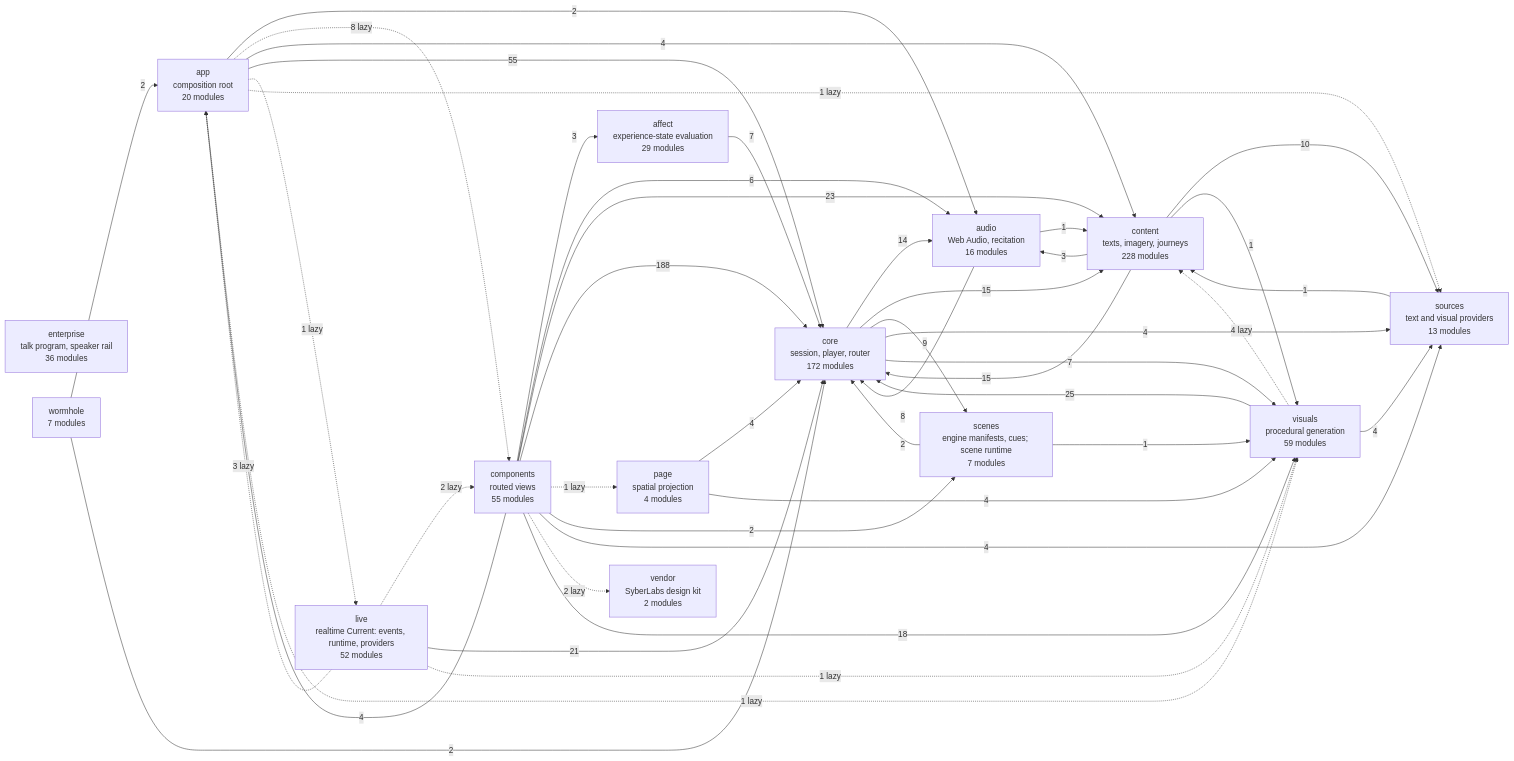
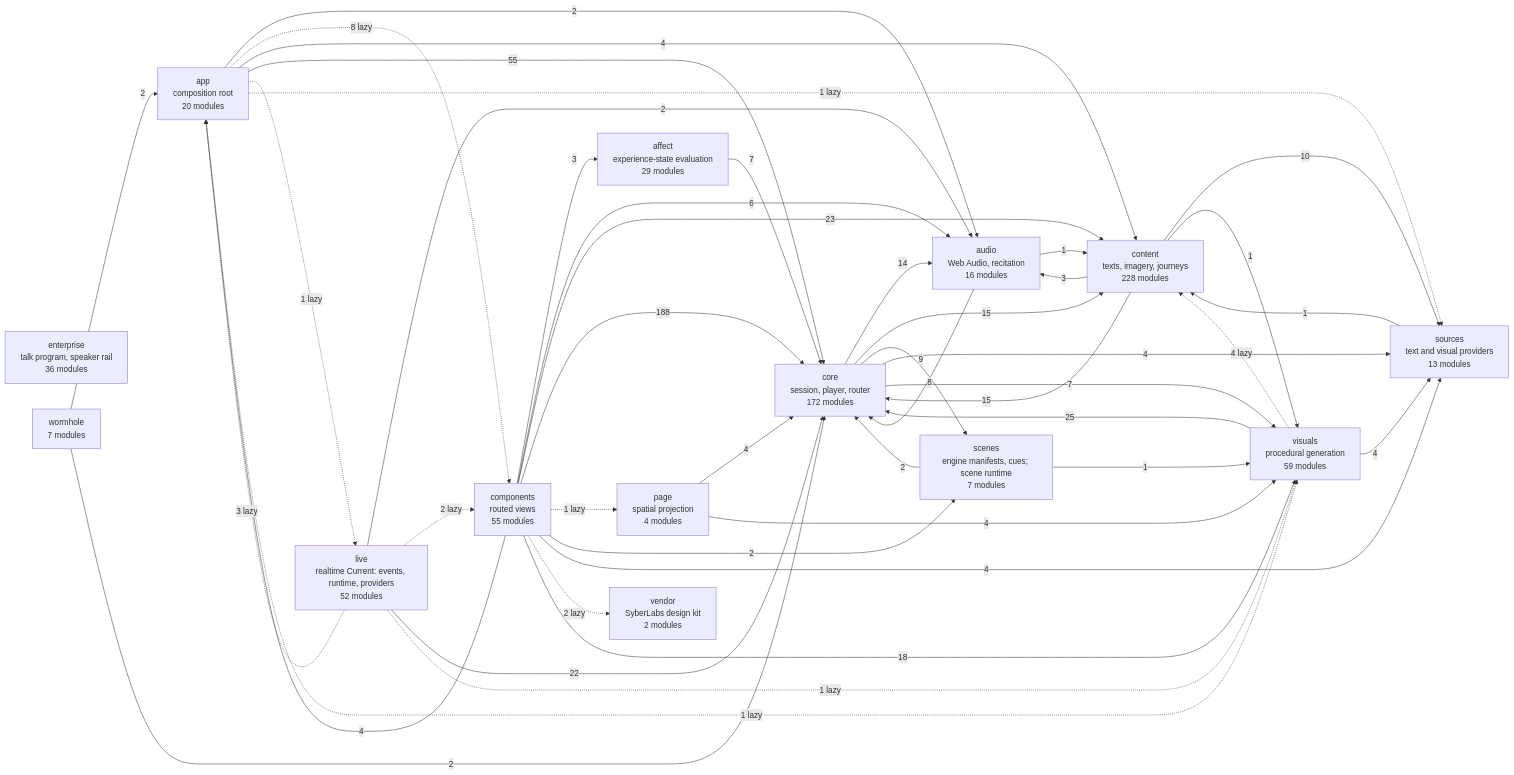
The diagram in docs/specs/ARCHITECTURE.md (SyberLabs/RISE), drawn with Mermaid before and after one commit. The commit also changed 11 other files, not shown here.

````diff
--- a/docs/specs/ARCHITECTURE.md
+++ b/docs/specs/ARCHITECTURE.md
@@ -161,61 +161,62 @@
 ```mermaid
 flowchart LR
     affect["affect<br/>experience-state evaluation<br/>29 modules"]
     app["app<br/>composition root<br/>20 modules"]
     audio["audio<br/>Web Audio, recitation<br/>16 modules"]
     components["components<br/>routed views<br/>55 modules"]
     content["content<br/>texts, imagery, journeys<br/>228 modules"]
     core["core<br/>session, player, router<br/>172 modules"]
     enterprise["enterprise<br/>talk program, speaker rail<br/>36 modules"]
     live["live<br/>realtime Current: events, runtime, providers<br/>52 modules"]
     page["page<br/>spatial projection<br/>4 modules"]
     scenes["scenes<br/>engine manifests, cues; scene runtime<br/>7 modules"]
     sources["sources<br/>text and visual providers<br/>13 modules"]
     vendor["vendor<br/>SyberLabs design kit<br/>2 modules"]
     visuals["visuals<br/>procedural generation<br/>59 modules"]
     wormhole["wormhole<br/>7 modules"]
 
     affect --> |7| core
     app --> |2| audio
     app -.-> |8 lazy| components
     app --> |4| content
     app --> |55| core
     app -.-> |1 lazy| live
     app -.-> |1 lazy| sources
     app -.-> |1 lazy| visuals
     audio --> |1| content
     audio --> |8| core
     components --> |3| affect
     components --> |4| app
     components --> |6| audio
     components --> |23| content
     components --> |188| core
     components -.-> |1 lazy| page
     components --> |2| scenes
     components --> |4| sources
     components -.-> |2 lazy| vendor
     components --> |18| visuals
     content --> |3| audio
     content --> |15| core
     content --> |10| sources
     content --> |1| visuals
     core --> |14| audio
     core --> |15| content
     core --> |9| scenes
     core --> |4| sources
     core --> |7| visuals
     live -.-> |3 lazy| app
+    live --> |2| audio
     live -.-> |2 lazy| components
-    live --> |21| core
+    live --> |22| core
     live -.-> |1 lazy| visuals
     page --> |4| core
     page --> |4| visuals
     scenes --> |2| core
     scenes --> |1| visuals
     sources --> |1| content
     visuals -.-> |4 lazy| content
     visuals --> |25| core
     visuals --> |4| sources
     wormhole --> |2| app
     wormhole --> |2| core
 ```
````
